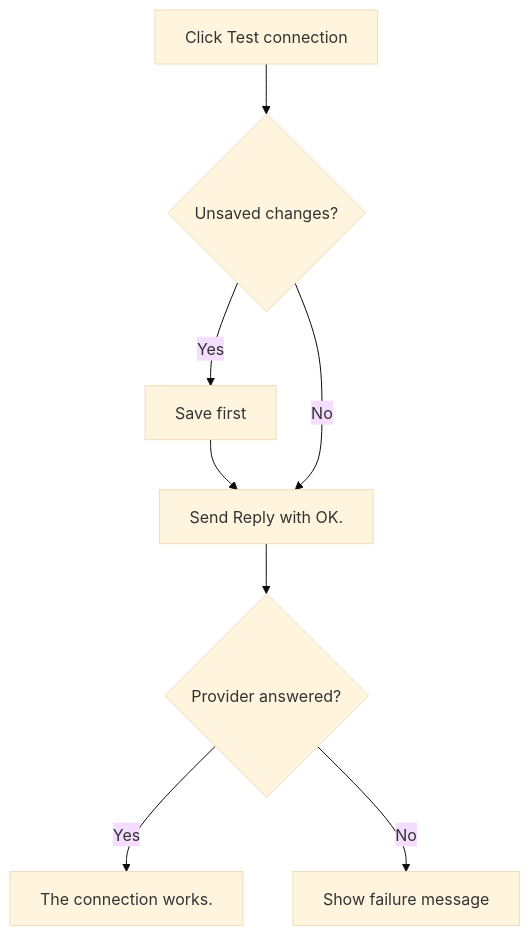
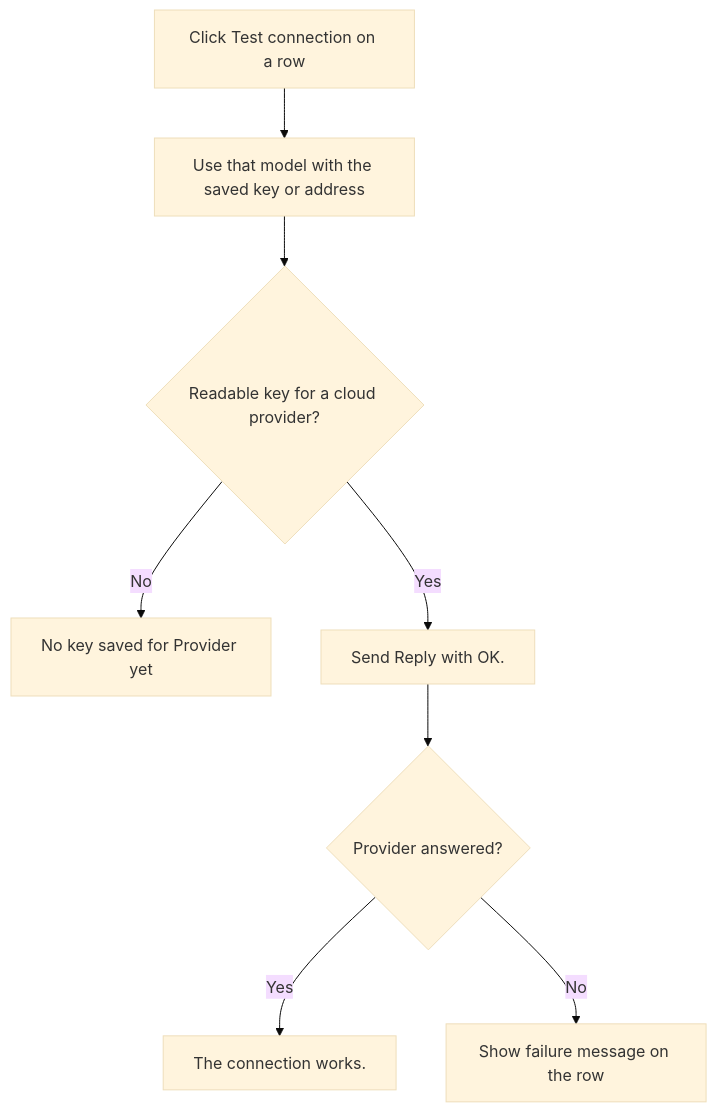
One commit to jojogeorge3344/TaskFlow-Project changed the third of 6 diagrams in TF - Documents/TF - FRD/06-Settings/06.3-TFA-Settings/FRD-TFA-Settings.md. Above: the diagram before and after it, drawn with Mermaid (base theme). The commit also changed other lines of this file and 103 other files, not shown here.

````diff
--- a/TF - Documents/TF - FRD/06-Settings/06.3-TFA-Settings/FRD-TFA-Settings.md
+++ b/TF - Documents/TF - FRD/06-Settings/06.3-TFA-Settings/FRD-TFA-Settings.md
@@ -255,9 +295,10 @@
 ```mermaid
 flowchart TD
-  A["Click Test connection"] --> B{"Unsaved changes?"}
-  B -- Yes --> C["Save first"] --> D["Send Reply with OK."]
-  B -- No --> D
+  A["Click Test connection on a row"] --> B["Use that model with the saved key or address"]
+  B --> C{"Readable key for a cloud provider?"}
+  C -- No --> H["No key saved for Provider yet"]
+  C -- Yes --> D["Send Reply with OK."]
   D --> E{"Provider answered?"}
   E -- Yes --> F["The connection works."]
-  E -- No --> G["Show failure message"]
+  E -- No --> G["Show failure message on the row"]
 ```
````
